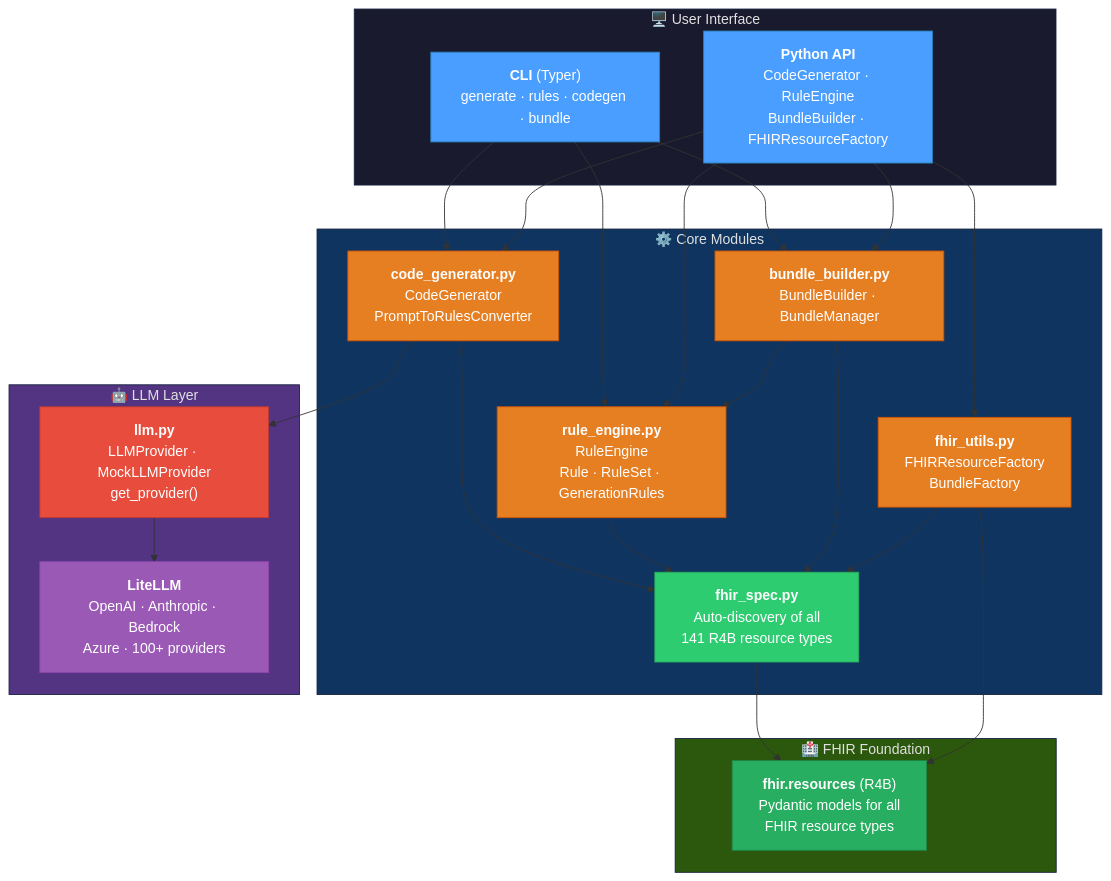
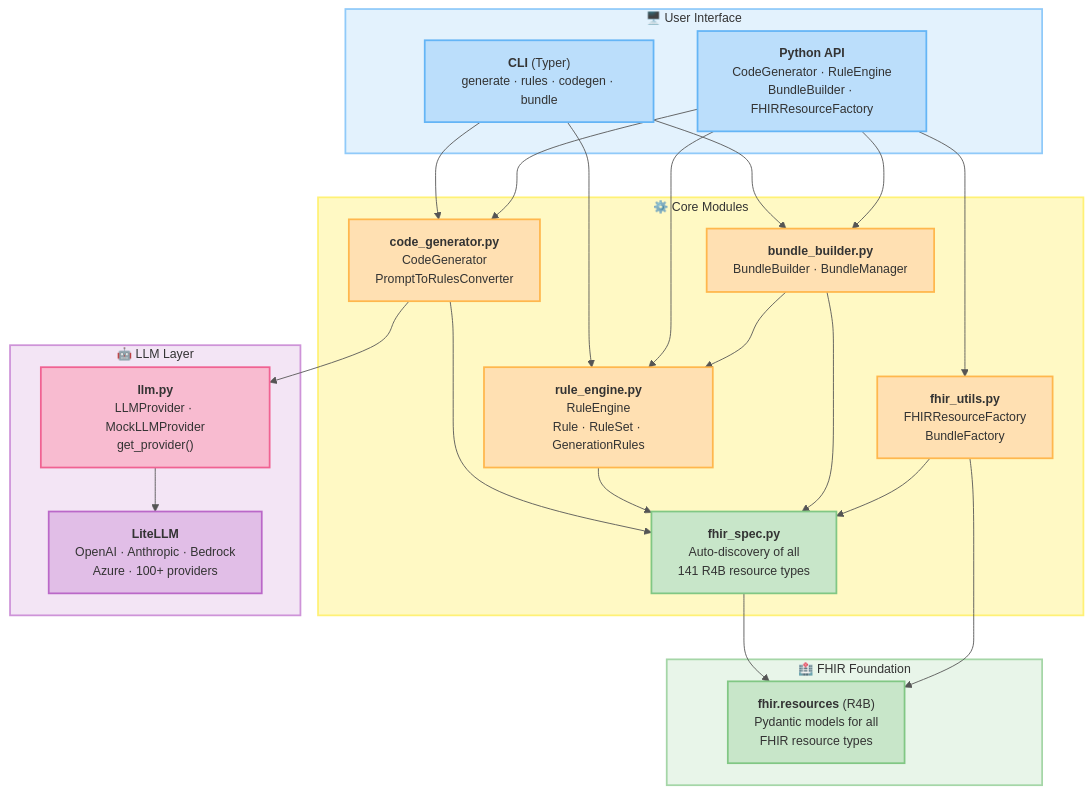
Before and after one commit to alvinhenrick/fhir-synth: the first of 10 diagrams in ARCHITECTURE.md, drawn with Mermaid. The commit also changed other lines of this file, not shown here.

Commit message:
refactor architecture documentation; enhance clarity and update visual elements for better understanding

````diff
--- a/ARCHITECTURE.md
+++ b/ARCHITECTURE.md
@@ -3,51 +5,59 @@
 ```mermaid
+%%{init: {'theme': 'base', 'themeVariables': {'primaryColor': '#fff9c4', 'primaryTextColor': '#333', 'primaryBorderColor': '#555', 'lineColor': '#555', 'secondaryColor': '#e8f5e9', 'tertiaryColor': '#e3f2fd', 'fontFamily': 'Comic Sans MS, cursive, sans-serif', 'fontSize': '14px'}}}%%
 graph TB
     subgraph UI["🖥️ User Interface"]
         CLI["<b>CLI</b> (Typer)<br/>generate · rules · codegen · bundle"]
         API["<b>Python API</b><br/>CodeGenerator · RuleEngine<br/>BundleBuilder · FHIRResourceFactory"]
     end
+
     subgraph CORE["⚙️ Core Modules"]
         CG["<b>code_generator.py</b><br/>CodeGenerator<br/>PromptToRulesConverter"]
         RE["<b>rule_engine.py</b><br/>RuleEngine<br/>Rule · RuleSet · GenerationRules"]
         BB["<b>bundle_builder.py</b><br/>BundleBuilder · BundleManager"]
         FU["<b>fhir_utils.py</b><br/>FHIRResourceFactory<br/>BundleFactory"]
         FS["<b>fhir_spec.py</b><br/>Auto-discovery of all<br/>141 R4B resource types"]
     end
+
     subgraph LLM_LAYER["🤖 LLM Layer"]
         LLM["<b>llm.py</b><br/>LLMProvider · MockLLMProvider<br/>get_provider()"]
         LITELLM["<b>LiteLLM</b><br/>OpenAI · Anthropic · Bedrock<br/>Azure · 100+ providers"]
     end
+
     subgraph FHIR["🏥 FHIR Foundation"]
         FR["<b>fhir.resources</b> (R4B)<br/>Pydantic models for all<br/>FHIR resource types"]
     end
+
     CLI --> CG
     CLI --> RE
     CLI --> BB
     API --> CG
     API --> RE
     API --> BB
     API --> FU
+
     CG --> LLM
     CG --> FS
     RE --> FS
     BB --> RE
     BB --> FS
     FU --> FS
     LLM --> LITELLM
     FS --> FR
     FU --> FR
-    style UI fill:#1a1a2e,stroke:#16213e,color:#e0e0e0
-    style CORE fill:#0f3460,stroke:#16213e,color:#e0e0e0
-    style LLM_LAYER fill:#533483,stroke:#16213e,color:#e0e0e0
-    style FHIR fill:#2b580c,stroke:#16213e,color:#e0e0e0
-    style CLI fill:#4a9eff,stroke:#2980b9,color:#fff
-    style API fill:#4a9eff,stroke:#2980b9,color:#fff
-    style CG fill:#e67e22,stroke:#d35400,color:#fff
-    style RE fill:#e67e22,stroke:#d35400,color:#fff
-    style BB fill:#e67e22,stroke:#d35400,color:#fff
-    style FU fill:#e67e22,stroke:#d35400,color:#fff
-    style FS fill:#2ecc71,stroke:#27ae60,color:#fff
-    style LLM fill:#e74c3c,stroke:#c0392b,color:#fff
-    style LITELLM fill:#9b59b6,stroke:#8e44ad,color:#fff
-    style FR fill:#27ae60,stroke:#1e8449,color:#fff
+
+    style UI fill:#e3f2fd,stroke:#90caf9,color:#333,stroke-width:2px
+    style CORE fill:#fff9c4,stroke:#fff176,color:#333,stroke-width:2px
+    style LLM_LAYER fill:#f3e5f5,stroke:#ce93d8,color:#333,stroke-width:2px
+    style FHIR fill:#e8f5e9,stroke:#a5d6a7,color:#333,stroke-width:2px
+
+    style CLI fill:#bbdefb,stroke:#64b5f6,color:#333,stroke-width:2px
+    style API fill:#bbdefb,stroke:#64b5f6,color:#333,stroke-width:2px
+    style CG fill:#ffe0b2,stroke:#ffb74d,color:#333,stroke-width:2px
+    style RE fill:#ffe0b2,stroke:#ffb74d,color:#333,stroke-width:2px
+    style BB fill:#ffe0b2,stroke:#ffb74d,color:#333,stroke-width:2px
+    style FU fill:#ffe0b2,stroke:#ffb74d,color:#333,stroke-width:2px
+    style FS fill:#c8e6c9,stroke:#81c784,color:#333,stroke-width:2px
+    style LLM fill:#f8bbd0,stroke:#f06292,color:#333,stroke-width:2px
+    style LITELLM fill:#e1bee7,stroke:#ba68c8,color:#333,stroke-width:2px
+    style FR fill:#c8e6c9,stroke:#81c784,color:#333,stroke-width:2px
 ```
````
